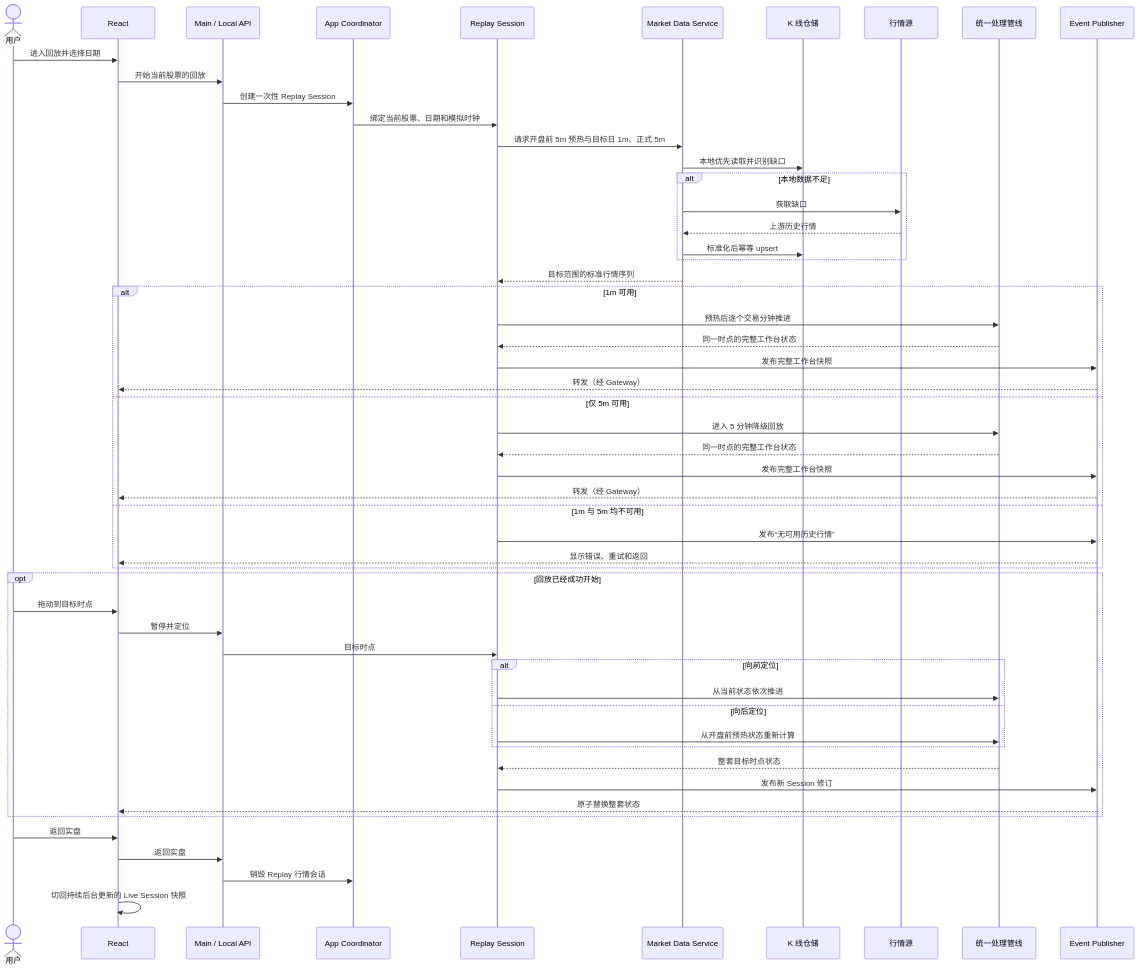
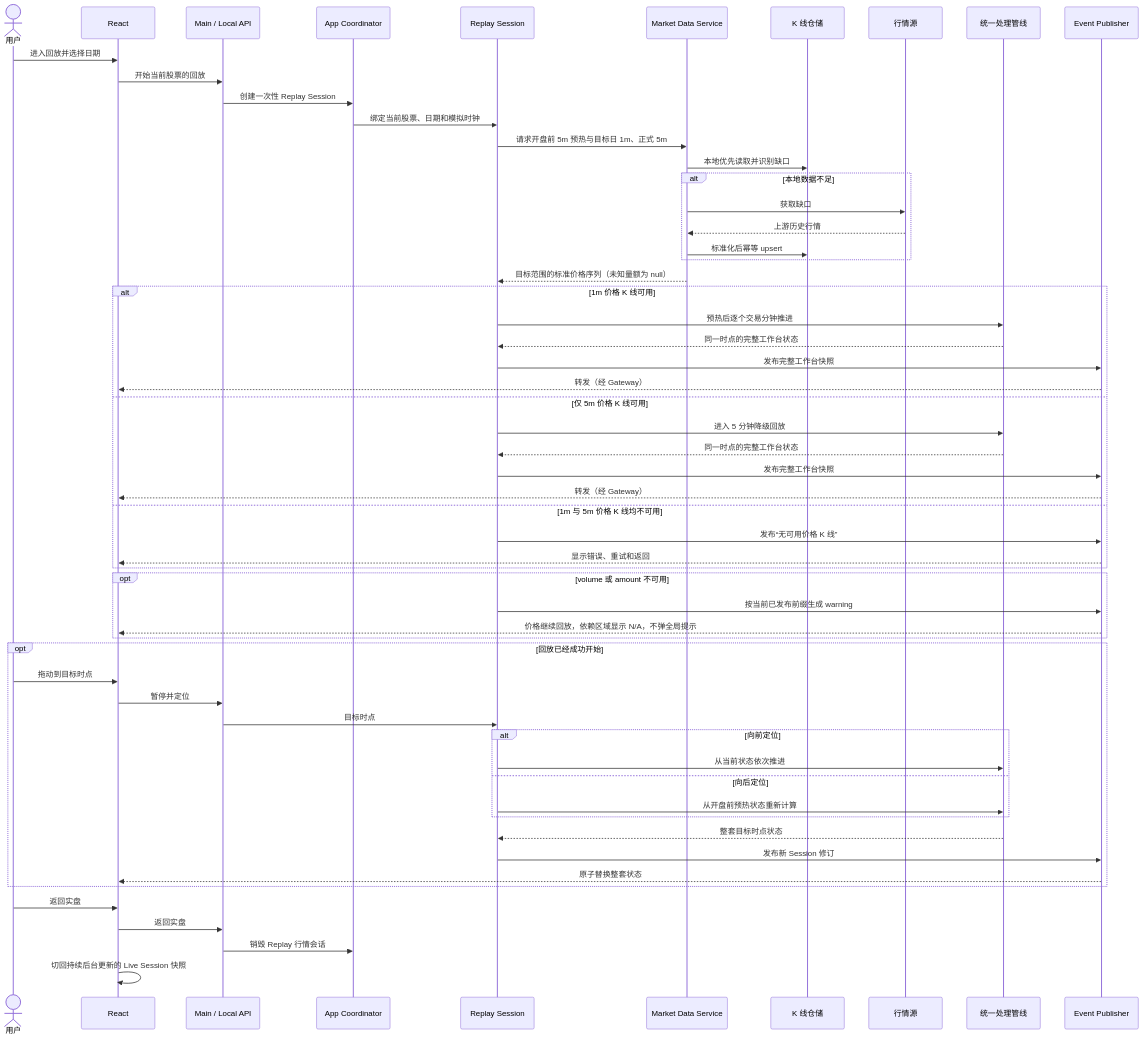
Before and after one commit to shenjee/stockpilot: the eighth of 9 diagrams in docs/t0assistant/architecture.md, drawn with Mermaid. The commit also changed other lines of this file and 5 other files, not shown here.

````diff
--- a/docs/t0assistant/architecture.md
+++ b/docs/t0assistant/architecture.md
@@ -440,57 +449,61 @@
 ```mermaid
 sequenceDiagram
     actor User as 用户
     participant UI as React
     participant Gateway as Main / Local API
     participant Coordinator as App Coordinator
     participant Replay as Replay Session
     participant Data as Market Data Service
     participant Store as K 线仓储
     participant Market as 行情源
     participant Pipe as 统一处理管线
     participant Events as Event Publisher
 
     User->>UI: 进入回放并选择日期
     UI->>Gateway: 开始当前股票的回放
     Gateway->>Coordinator: 创建一次性 Replay Session
     Coordinator->>Replay: 绑定当前股票、日期和模拟时钟
     Replay->>Data: 请求开盘前 5m 预热与目标日 1m、正式 5m
     Data->>Store: 本地优先读取并识别缺口
     alt 本地数据不足
         Data->>Market: 获取缺口
         Market-->>Data: 上游历史行情
         Data->>Store: 标准化后幂等 upsert
     end
-    Data-->>Replay: 目标范围的标准行情序列
-    alt 1m 可用
+    Data-->>Replay: 目标范围的标准价格序列（未知量额为 null）
+    alt 1m 价格 K 线可用
         Replay->>Pipe: 预热后逐个交易分钟推进
         Pipe-->>Replay: 同一时点的完整工作台状态
         Replay->>Events: 发布完整工作台快照
         Events-->>UI: 转发（经 Gateway）
-    else 仅 5m 可用
+    else 仅 5m 价格 K 线可用
         Replay->>Pipe: 进入 5 分钟降级回放
         Pipe-->>Replay: 同一时点的完整工作台状态
         Replay->>Events: 发布完整工作台快照
         Events-->>UI: 转发（经 Gateway）
-    else 1m 与 5m 均不可用
-        Replay->>Events: 发布“无可用历史行情”
+    else 1m 与 5m 价格 K 线均不可用
+        Replay->>Events: 发布“无可用价格 K 线”
         Events-->>UI: 显示错误、重试和返回
+    end
+    opt volume 或 amount 不可用
+        Replay->>Events: 按当前已发布前缀生成 warning
+        Events-->>UI: 价格继续回放，依赖区域显示 N/A，不弹全局提示
     end
     opt 回放已经成功开始
         User->>UI: 拖动到目标时点
         UI->>Gateway: 暂停并定位
         Gateway->>Replay: 目标时点
         alt 向前定位
             Replay->>Pipe: 从当前状态依次推进
         else 向后定位
             Replay->>Pipe: 从开盘前预热状态重新计算
         end
         Pipe-->>Replay: 整套目标时点状态
         Replay->>Events: 发布新 Session 修订
         Events-->>UI: 原子替换整套状态
     end
     User->>UI: 返回实盘
     UI->>Gateway: 返回实盘
     Gateway->>Coordinator: 销毁 Replay 行情会话
     UI->>UI: 切回持续后台更新的 Live Session 快照
 ```
````
